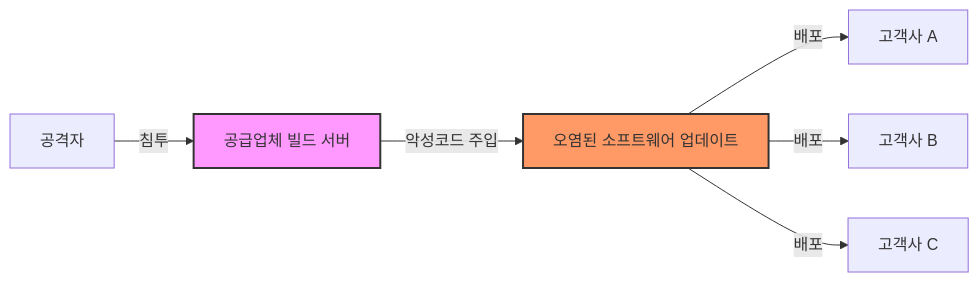
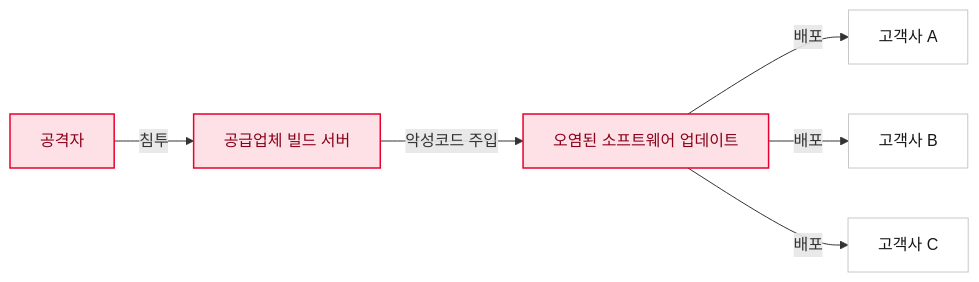
The diagram in content/ko/guide/supply-chain/overview/_index.md (sktelecom/sktelecom.github.io), drawn with Mermaid before and after one commit. The commit also changed 9 other files, not shown here.

Commit message:
docs(supply-chain): restyle guide diagrams with grouped zones and a consistent SK palette

````diff
--- a/content/ko/guide/supply-chain/overview/_index.md
+++ b/content/ko/guide/supply-chain/overview/_index.md
@@ -16,10 +16,13 @@
 ```mermaid
 graph LR
     A[공격자] -->|침투| B[공급업체 빌드 서버]
     B -->|악성코드 주입| C[오염된 소프트웨어 업데이트]
     C -->|배포| D[고객사 A]
     C -->|배포| E[고객사 B]
     C -->|배포| F[고객사 C]
-    style B fill:#f9f,stroke:#333,stroke-width:2px
-    style C fill:#f96,stroke:#333,stroke-width:2px
+
+    classDef danger fill:#FDE1E7,stroke:#EA002C,color:#8A0019,stroke-width:1.5px
+    classDef victim fill:#ffffff,stroke:#c8c8c8,color:#171717,stroke-width:1px
+    class A,B,C danger
+    class D,E,F victim
 ```
````
